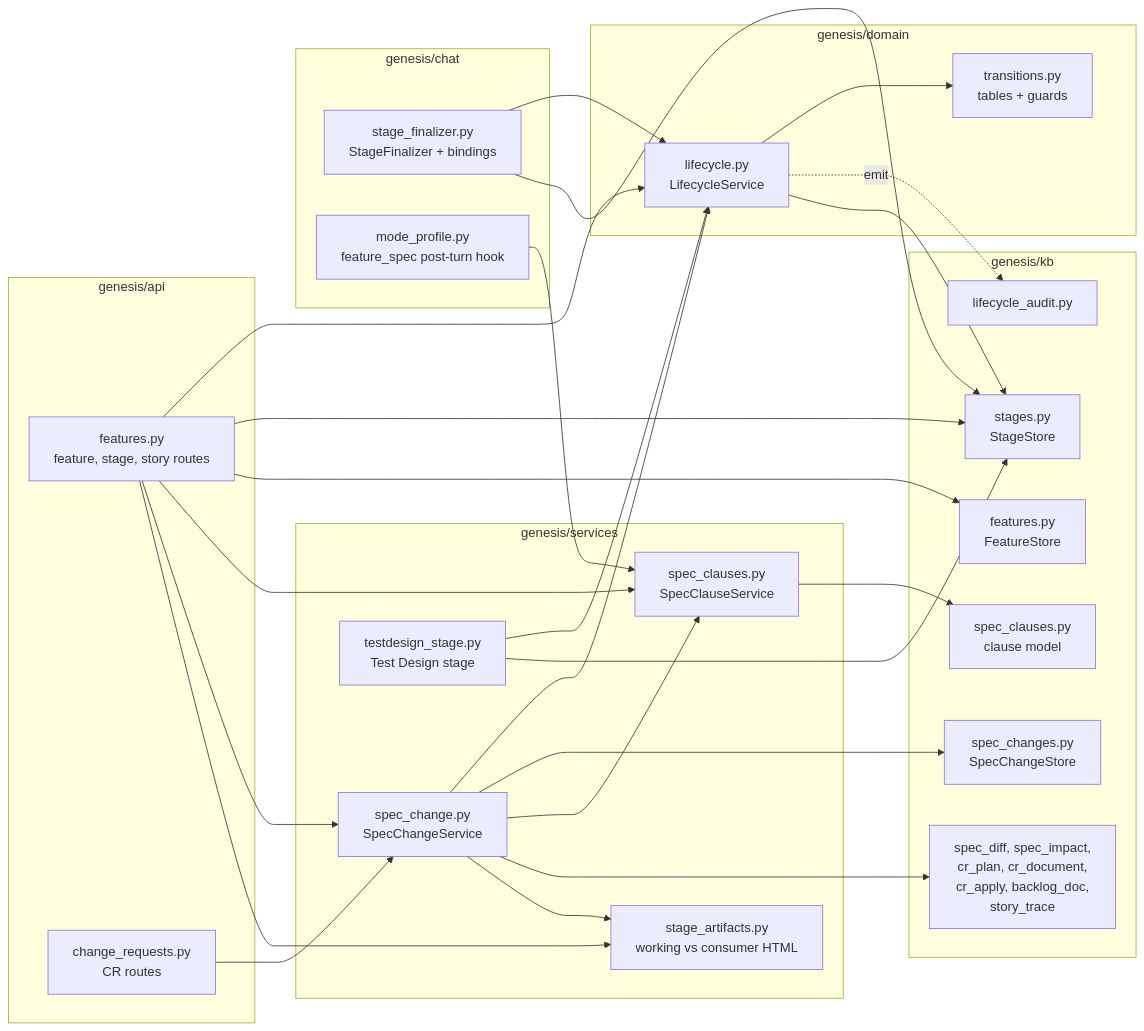
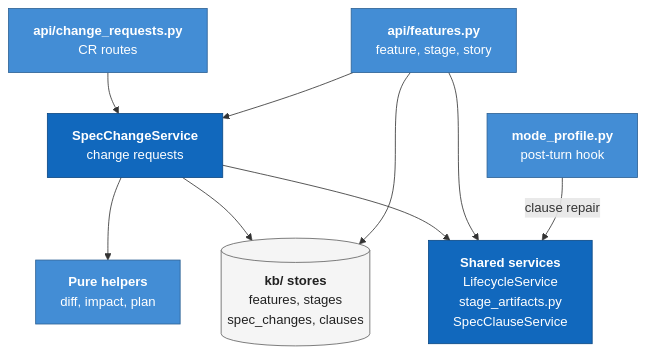
Before and after one commit to ram-020998/project-tracker: the first of 5 diagrams in genesis/architecture/modules/features-and-stages.md, drawn with Mermaid. The commit also changed other lines of this file and 24 other files, not shown here.

First line of the commit message:
architecture: rewrite all 86 Mermaid diagrams to one C4 style, each render-checked

````diff
--- a/genesis/architecture/modules/features-and-stages.md
+++ b/genesis/architecture/modules/features-and-stages.md
@@ -65,39 +65,26 @@
 ```mermaid
-flowchart LR
-    subgraph api["genesis/api"]
-        fapi["features.py<br/>feature, stage, story routes"]
-        crapi["change_requests.py<br/>CR routes"]
-    end
-    subgraph svc["genesis/services"]
-        sart["stage_artifacts.py<br/>working vs consumer HTML"]
-        sclause["spec_clauses.py<br/>SpecClauseService"]
-        schange["spec_change.py<br/>SpecChangeService"]
-        tdstage["testdesign_stage.py<br/>Test Design stage"]
-    end
-    subgraph chat["genesis/chat"]
-        fin["stage_finalizer.py<br/>StageFinalizer + bindings"]
-        prof["mode_profile.py<br/>feature_spec post-turn hook"]
-    end
-    subgraph dom["genesis/domain"]
-        life["lifecycle.py<br/>LifecycleService"]
-        trans["transitions.py<br/>tables + guards"]
-    end
-    subgraph kb["genesis/kb"]
-        feat["features.py<br/>FeatureStore"]
-        stg["stages.py<br/>StageStore"]
-        cl["spec_clauses.py<br/>clause model"]
-        pure["spec_diff, spec_impact,<br/>cr_plan, cr_document,<br/>cr_apply, backlog_doc,<br/>story_trace"]
-        crs["spec_changes.py<br/>SpecChangeStore"]
-        aud["lifecycle_audit.py"]
-    end
-    fapi --> life & stg & feat & sclause & schange & sart
+flowchart TB
+    fapi["<b>api/features.py</b><br/>feature, stage, story"]:::comp
+    crapi["<b>api/change_requests.py</b><br/>CR routes"]:::comp
+
+    prof["<b>mode_profile.py</b><br/>post-turn hook"]:::comp
+    schange["<b>SpecChangeService</b><br/>change requests"]:::core
+    pure["<b>Pure helpers</b><br/>diff, impact, plan"]:::comp
+
+    shared["<b>Shared services</b><br/>LifecycleService<br/>stage_artifacts.py<br/>SpecClauseService"]:::core
+
+    stores[("<b>kb/ stores</b><br/>features, stages<br/>spec_changes, clauses")]:::data
+
     crapi --> schange
-    schange --> life & crs & sclause & pure & sart
-    sclause --> cl
-    tdstage --> life & stg
-    fin --> life & stg
-    prof --> sclause
-    life --> trans
-    life -. emit .-> aud
-    life --> stg
+    fapi --> schange
+    schange --> pure
+    schange --> stores
+    schange --> shared
+    fapi --> shared
+    fapi --> stores
+    prof -- "clause repair" --> shared
+
+    classDef core fill:#1168bd,stroke:#0b4884,color:#ffffff
+    classDef comp fill:#438dd5,stroke:#2e6295,color:#ffffff
+    classDef data fill:#f5f5f5,stroke:#616161,color:#212121
 ```
````
